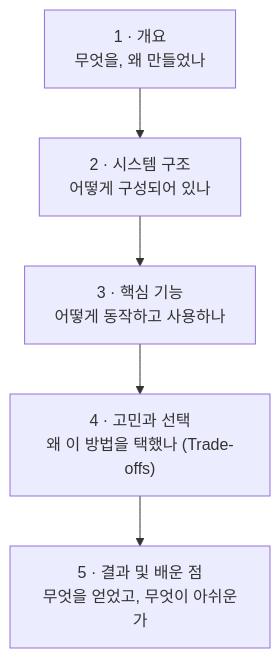
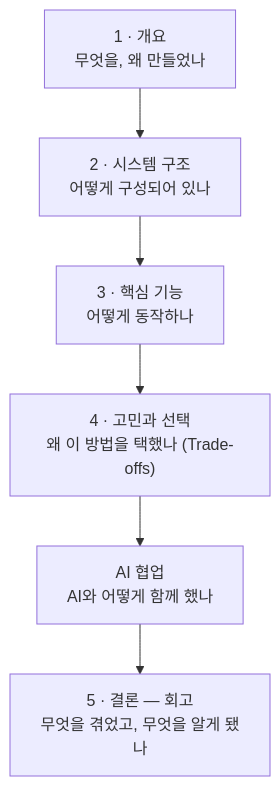
One commit to KooHoo-Dev/edu-lecture-portfolio-guide changed the first of 4 diagrams in src/02-tech-documents.md. Above: the diagram before and after it, drawn with Mermaid. The commit also changed other lines of this file, not shown here.

````diff
--- a/src/02-tech-documents.md
+++ b/src/02-tech-documents.md
@@ -27,7 +57,8 @@
 ```mermaid
 flowchart TD
     S1["1 · 개요<br/>무엇을, 왜 만들었나"] --> S2["2 · 시스템 구조<br/>어떻게 구성되어 있나"]
-    S2 --> S3["3 · 핵심 기능<br/>어떻게 동작하고 사용하나"]
+    S2 --> S3["3 · 핵심 기능<br/>어떻게 동작하나"]
     S3 --> S4["4 · 고민과 선택<br/>왜 이 방법을 택했나 (Trade-offs)"]
-    S4 --> S5["5 · 결과 및 배운 점<br/>무엇을 얻었고, 무엇이 아쉬운가"]
+    S4 --> SA["AI 협업<br/>AI와 어떻게 함께 했나"]
+    SA --> S5["5 · 결론 — 회고<br/>무엇을 겪었고, 무엇을 알게 됐나"]
 ```
````
